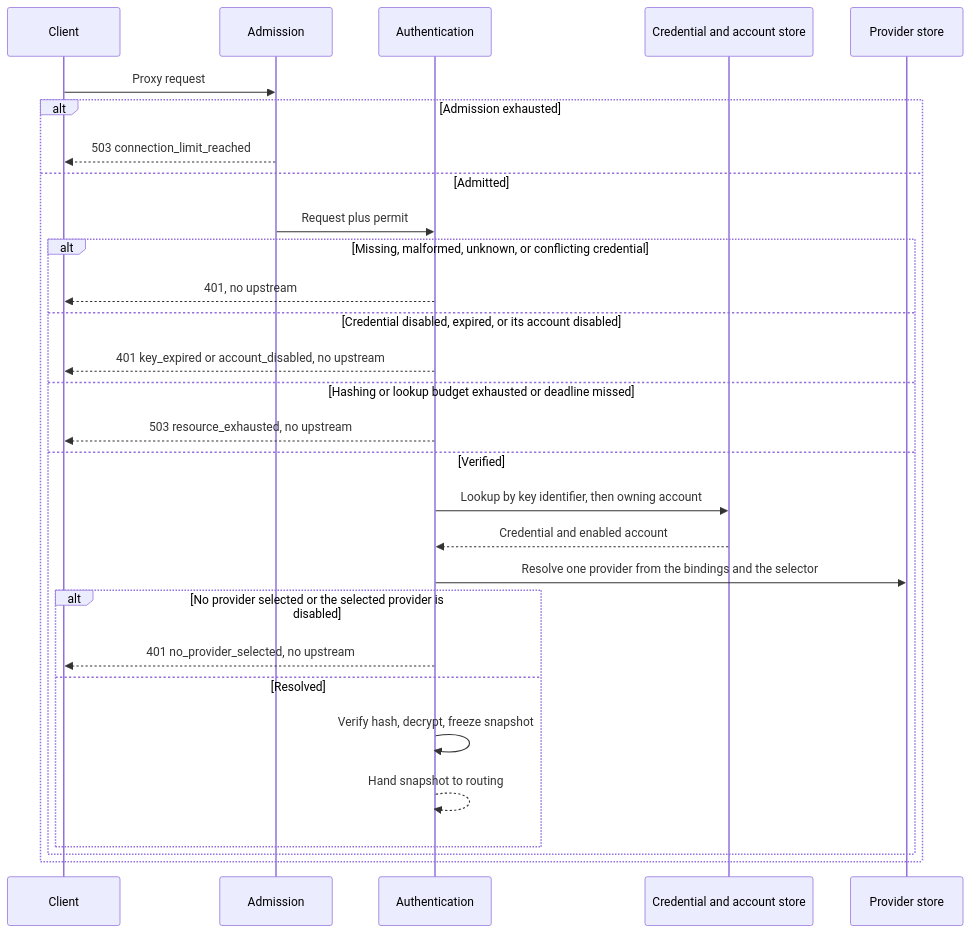
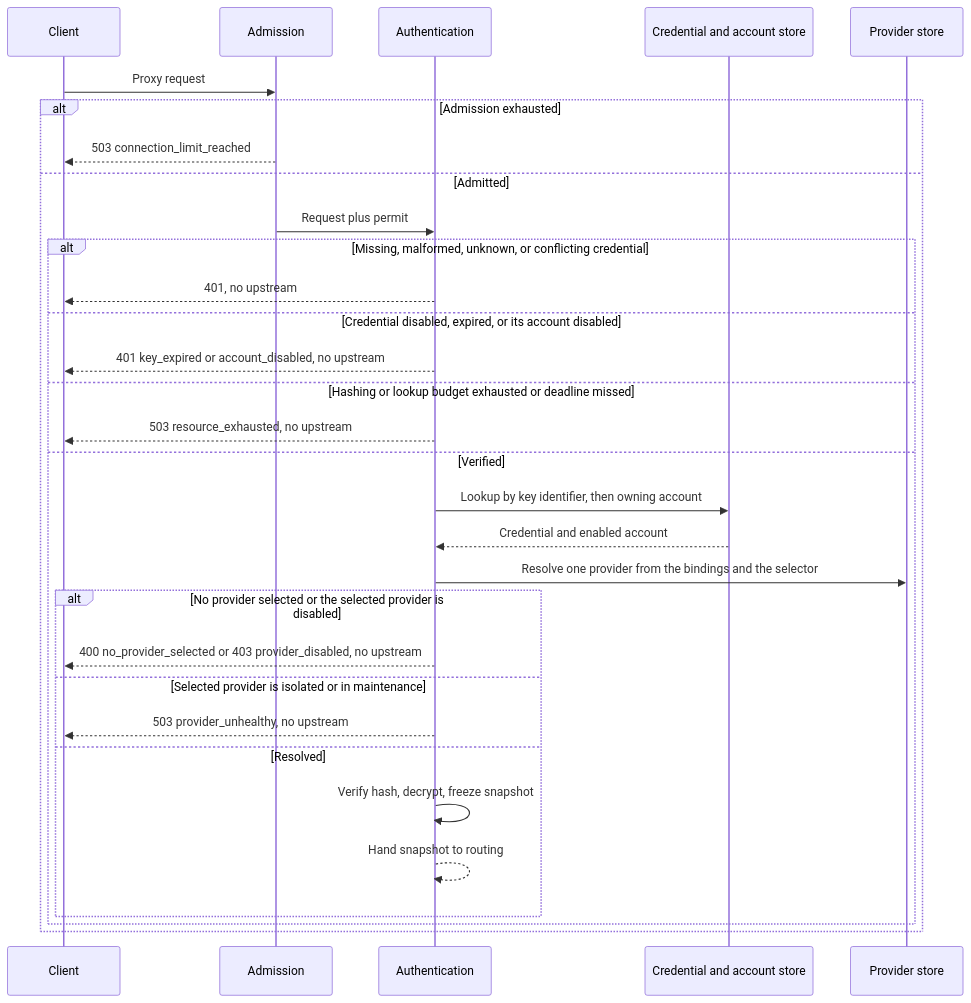
Before and after one commit to sequencestream/tokenstream: the diagram in doc/modules/authentication.md, drawn with Mermaid. The commit also changed other lines of this file and 36 other files, not shown here.

````diff
--- a/doc/modules/authentication.md
+++ b/doc/modules/authentication.md
@@ -19,32 +19,34 @@
 ```mermaid
 sequenceDiagram
     participant C as Client
     participant Adm as Admission
     participant A as Authentication
     participant S as Credential and account store
     participant P as Provider store
 
     C->>Adm: Proxy request
     alt Admission exhausted
         Adm-->>C: 503 connection_limit_reached
     else Admitted
         Adm->>A: Request plus permit
         alt Missing, malformed, unknown, or conflicting credential
             A-->>C: 401, no upstream
         else Credential disabled, expired, or its account disabled
             A-->>C: 401 key_expired or account_disabled, no upstream
         else Hashing or lookup budget exhausted or deadline missed
             A-->>C: 503 resource_exhausted, no upstream
         else Verified
             A->>S: Lookup by key identifier, then owning account
             S-->>A: Credential and enabled account
             A->>P: Resolve one provider from the bindings and the selector
             alt No provider selected or the selected provider is disabled
-                A-->>C: 401 no_provider_selected, no upstream
+                A-->>C: 400 no_provider_selected or 403 provider_disabled, no upstream
+            else Selected provider is isolated or in maintenance
+                A-->>C: 503 provider_unhealthy, no upstream
             else Resolved
                 A->>A: Verify hash, decrypt, freeze snapshot
                 A-->>A: Hand snapshot to routing
             end
         end
     end
 ```
````
